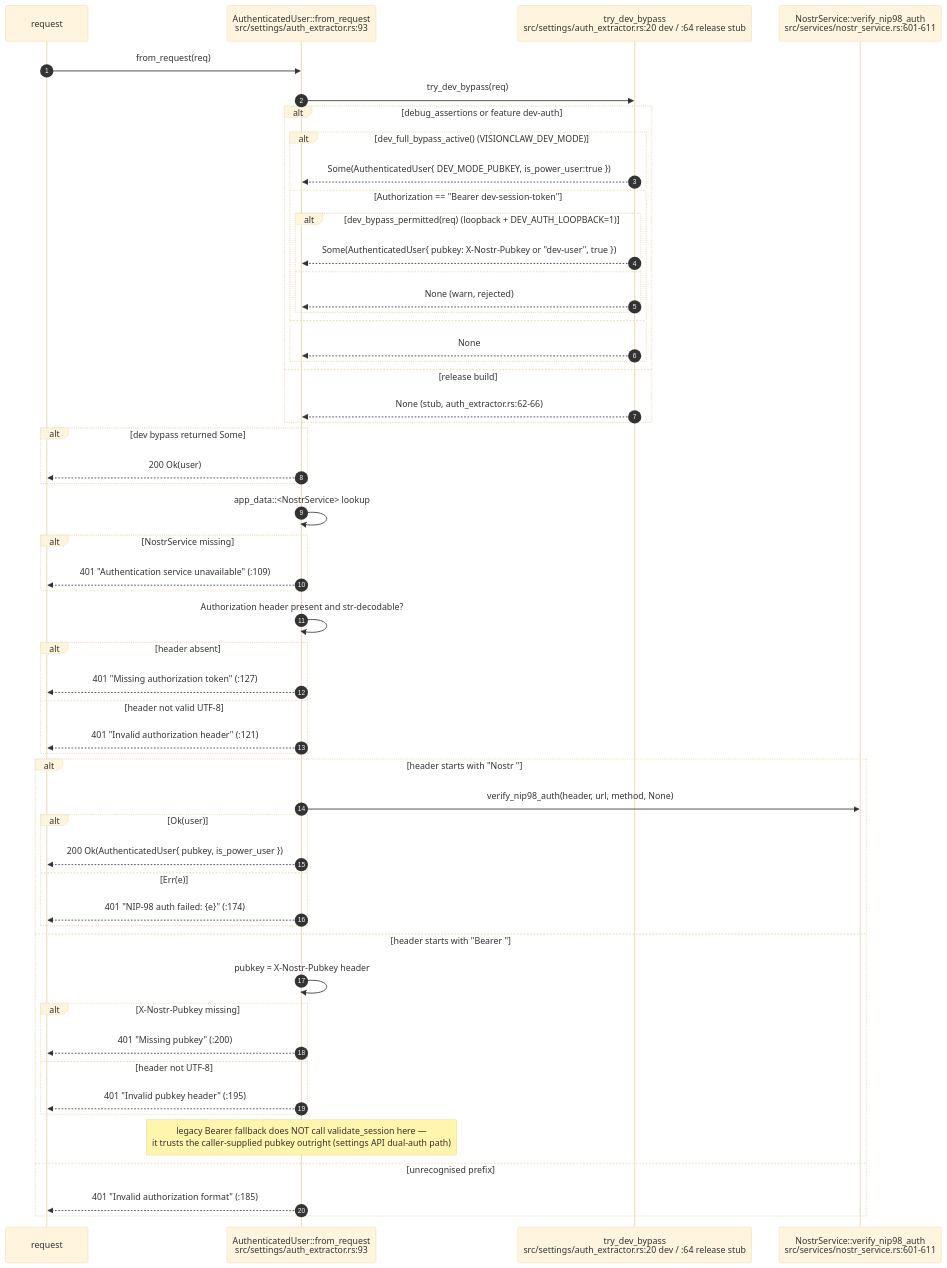
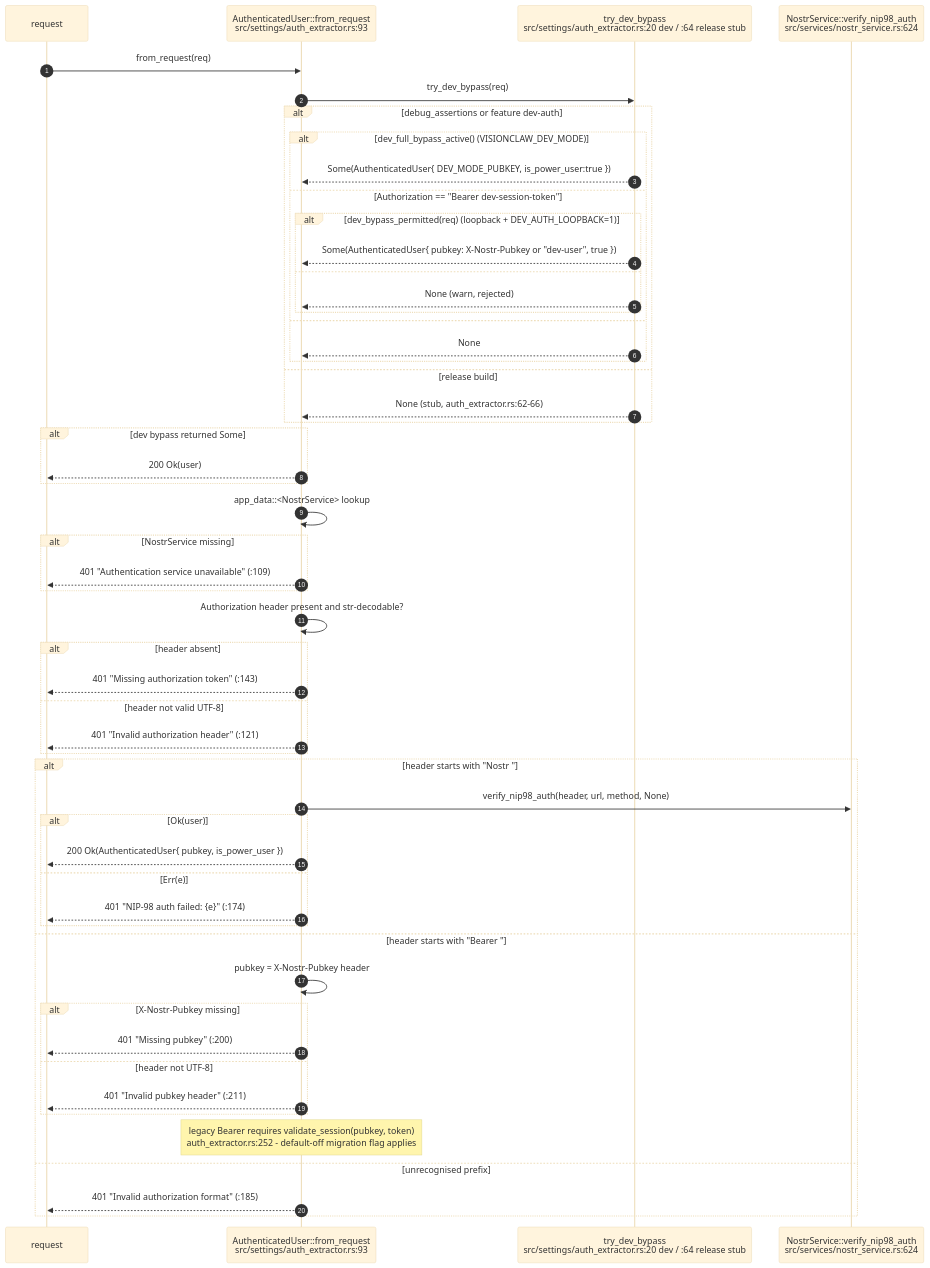
One commit to DreamLab-AI/VisionFlow changed the third of 17 diagrams in docs/diagrams/visionclaw/03-request-lifecycle-and-rbac.md. Above: the diagram before and after it, drawn with Mermaid (base theme). The commit also changed other lines of this file and 51 other files, not shown here.

First line of the commit message:
docs(diagrams): agentbox AB-01..13 re-attested anchor by anchor (980 anchors, 22 defects); checkpoint against an out-of-mesh writer

````diff
--- a/docs/diagrams/visionclaw/03-request-lifecycle-and-rbac.md
+++ b/docs/diagrams/visionclaw/03-request-lifecycle-and-rbac.md
@@ -133,57 +135,57 @@
 ```mermaid
 sequenceDiagram
     autonumber
     participant R as request
     participant FR as AuthenticatedUser::from_request<br/>src/settings/auth_extractor.rs:93
     participant DB as try_dev_bypass<br/>src/settings/auth_extractor.rs:20 dev / :64 release stub
-    participant NS as NostrService::verify_nip98_auth<br/>src/services/nostr_service.rs:601-611
+    participant NS as NostrService::verify_nip98_auth<br/>src/services/nostr_service.rs:624
 
     R->>FR: from_request(req)
     FR->>DB: try_dev_bypass(req)
     alt debug_assertions or feature dev-auth
         alt dev_full_bypass_active() (VISIONCLAW_DEV_MODE)
             DB-->>FR: Some(AuthenticatedUser{ DEV_MODE_PUBKEY, is_power_user:true })
         else Authorization == "Bearer dev-session-token"
             alt dev_bypass_permitted(req) (loopback + DEV_AUTH_LOOPBACK=1)
                 DB-->>FR: Some(AuthenticatedUser{ pubkey: X-Nostr-Pubkey or "dev-user", true })
             else
                 DB-->>FR: None (warn, rejected)
             end
         else
             DB-->>FR: None
         end
     else release build
         DB-->>FR: None (stub, auth_extractor.rs:62-66)
     end
     alt dev bypass returned Some
         FR-->>R: 200 Ok(user)
     end
     FR->>FR: app_data::<NostrService> lookup
     alt NostrService missing
         FR-->>R: 401 "Authentication service unavailable" (:109)
     end
     FR->>FR: Authorization header present and str-decodable?
     alt header absent
-        FR-->>R: 401 "Missing authorization token" (:127)
+        FR-->>R: 401 "Missing authorization token" (:143)
     else header not valid UTF-8
         FR-->>R: 401 "Invalid authorization header" (:121)
     end
     alt header starts with "Nostr "
         FR->>NS: verify_nip98_auth(header, url, method, None)
         alt Ok(user)
             FR-->>R: 200 Ok(AuthenticatedUser{ pubkey, is_power_user })
         else Err(e)
             FR-->>R: 401 "NIP-98 auth failed: {e}" (:174)
         end
     else header starts with "Bearer "
         FR->>FR: pubkey = X-Nostr-Pubkey header
         alt X-Nostr-Pubkey missing
             FR-->>R: 401 "Missing pubkey" (:200)
         else header not UTF-8
-            FR-->>R: 401 "Invalid pubkey header" (:195)
+            FR-->>R: 401 "Invalid pubkey header" (:211)
         end
-        Note over FR: legacy Bearer fallback does NOT call validate_session here —<br/>it trusts the caller-supplied pubkey outright (settings API dual-auth path)
+        Note over FR: legacy Bearer requires validate_session(pubkey, token)<br/>auth_extractor.rs:252 - default-off migration flag applies
     else unrecognised prefix
         FR-->>R: 401 "Invalid authorization format" (:185)
     end
 ```
````
